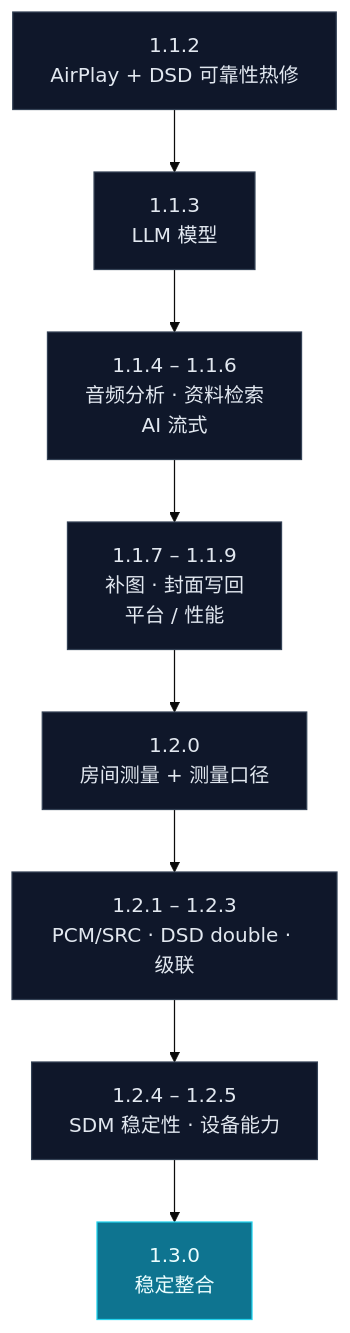
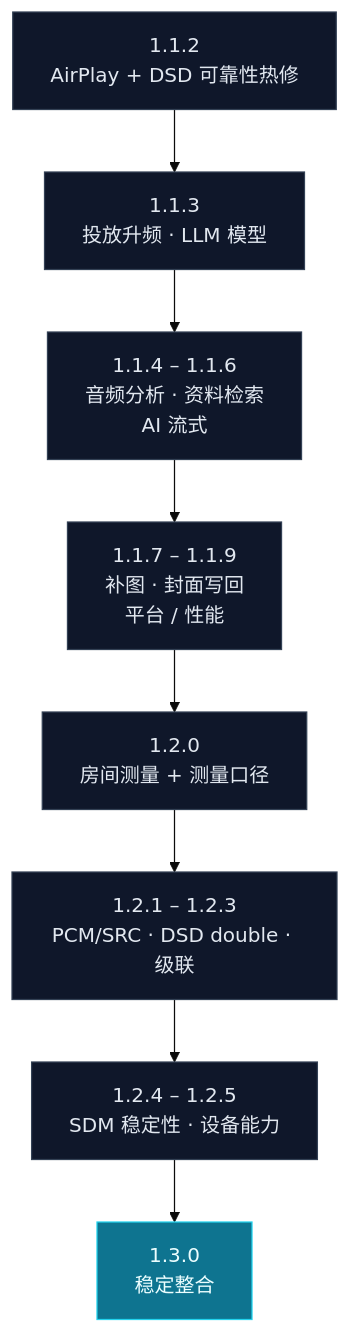
One commit to BH2VOQ/RLPlayer-Mac changed the diagram in README.zh-CN.md. Above: the diagram before and after it, drawn with Mermaid (base theme). The commit also changed other lines of this file and 2 other files, not shown here.

````diff
--- a/README.zh-CN.md
+++ b/README.zh-CN.md
@@ -274,16 +274,16 @@
 ```mermaid
 flowchart TB
   A["1.1.2<br/>AirPlay + DSD 可靠性热修"]
-  B["1.1.3<br/>LLM 模型"]
+  B["1.1.3<br/>投放升频 · LLM 模型"]
   C["1.1.4 – 1.1.6<br/>音频分析 · 资料检索<br/>AI 流式"]
   D["1.1.7 – 1.1.9<br/>补图 · 封面写回<br/>平台 / 性能"]
   E["1.2.0<br/>房间测量 + 测量口径"]
   F["1.2.1 – 1.2.3<br/>PCM/SRC · DSD double · 级联"]
   G["1.2.4 – 1.2.5<br/>SDM 稳定性 · 设备能力"]
   H["1.3.0<br/>稳定整合"]
   A --> B --> C --> D --> E --> F --> G --> H
   classDef plan fill:#0f172a,stroke:#334155,color:#e2e8f0;
   classDef next fill:#0e7490,stroke:#22d3ee,color:#ecfeff;
   class A,B,C,D,E,F,G plan;
   class H next;
 ```
````
